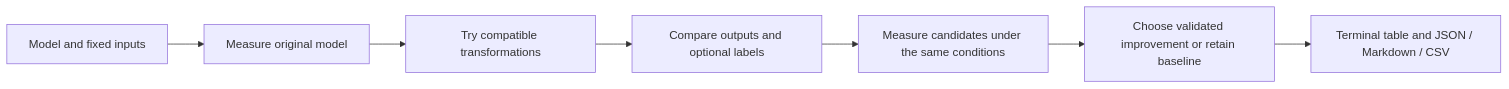
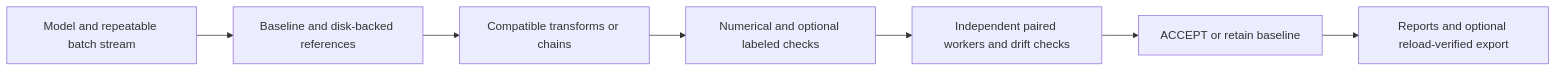
The diagram in README.md (lsimg/Kernelixx), drawn with Mermaid before and after one commit. The commit also changed other lines of this file and 41 other files, not shown here.

````diff
--- a/README.md
+++ b/README.md
@@ -21,9 +23,9 @@
 ```mermaid
 flowchart LR
-    A[Model and fixed inputs] --> B[Measure original model]
-    B --> C[Try compatible transformations]
-    C --> D[Compare outputs and optional labels]
-    D --> E[Measure candidates under the same conditions]
-    E --> F[Choose validated improvement or retain baseline]
-    F --> G[Terminal table and JSON / Markdown / CSV]
+    A[Model and repeatable batch stream] --> B[Baseline and disk-backed references]
+    B --> C[Compatible transforms or chains]
+    C --> D[Numerical and optional labeled checks]
+    D --> E[Independent paired workers and drift checks]
+    E --> F[ACCEPT or retain baseline]
+    F --> G[Reports and optional reload-verified export]
 ```
````
